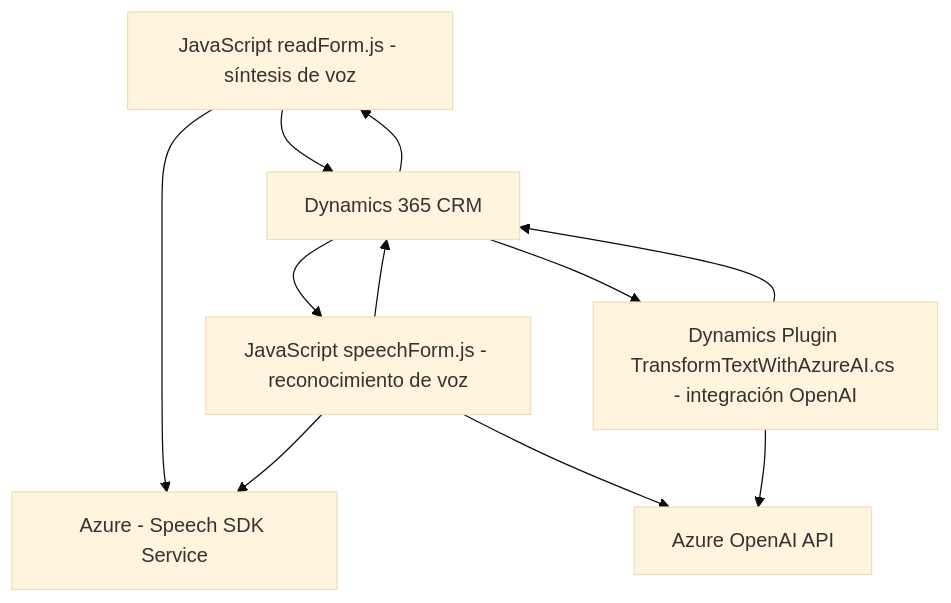
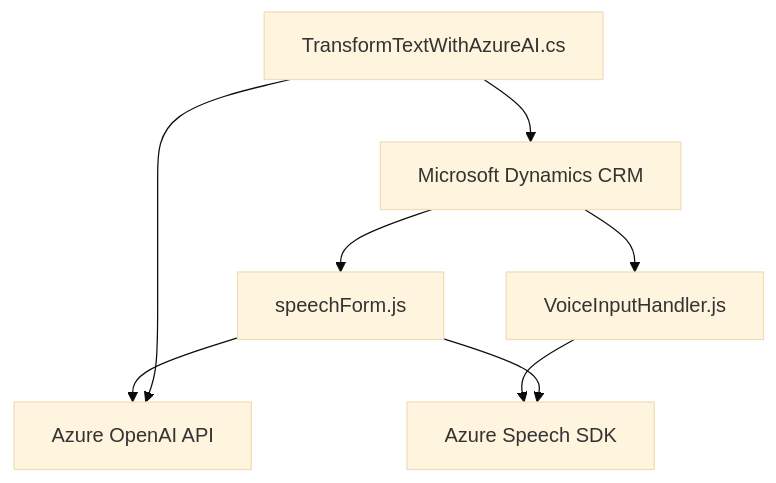
The diagram in README.md (blopezdm/NETCORE_BILBAO2025), drawn with Mermaid (base theme) before and after one commit. The commit also changed other lines of this file, not shown here.

````diff
--- a/README.md
+++ b/README.md
@@ -53,20 +43,17 @@
 ```mermaid
 graph TD
-    A["JavaScript readForm.js - síntesis de voz"]
-    B["JavaScript speechForm.js - reconocimiento de voz"]
-    C["Dynamics Plugin TransformTextWithAzureAI.cs - integración OpenAI"]
-    D["Azure - Speech SDK Service"]
-    E["Azure OpenAI API"]
-    F["Dynamics 365 CRM"]
+  A["VoiceInputHandler.js"]
+  B["speechForm.js"]
+  C["TransformTextWithAzureAI.cs"]
+  D["Microsoft Dynamics CRM"]
+  E["Azure Speech SDK"]
+  F["Azure OpenAI API"]
 
-    A --> D
-    A --> F
-    B --> F
-    B --> D
-    B --> E
-    C --> E
-    C --> F
-    F --> A
-    F --> B
-    F --> C
+  A --> E
+  B --> E
+  B --> F
+  C --> F
+  C --> D
+  D --> A
+  D --> B
 ```
````
